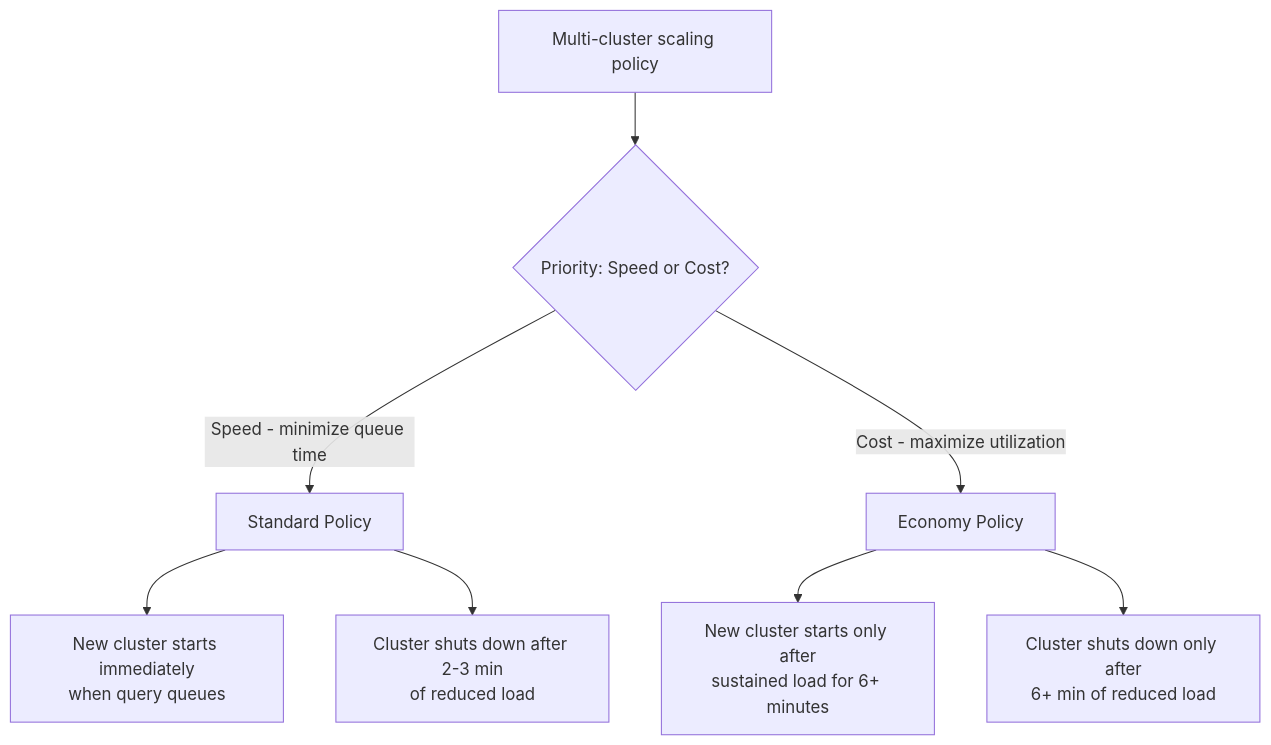
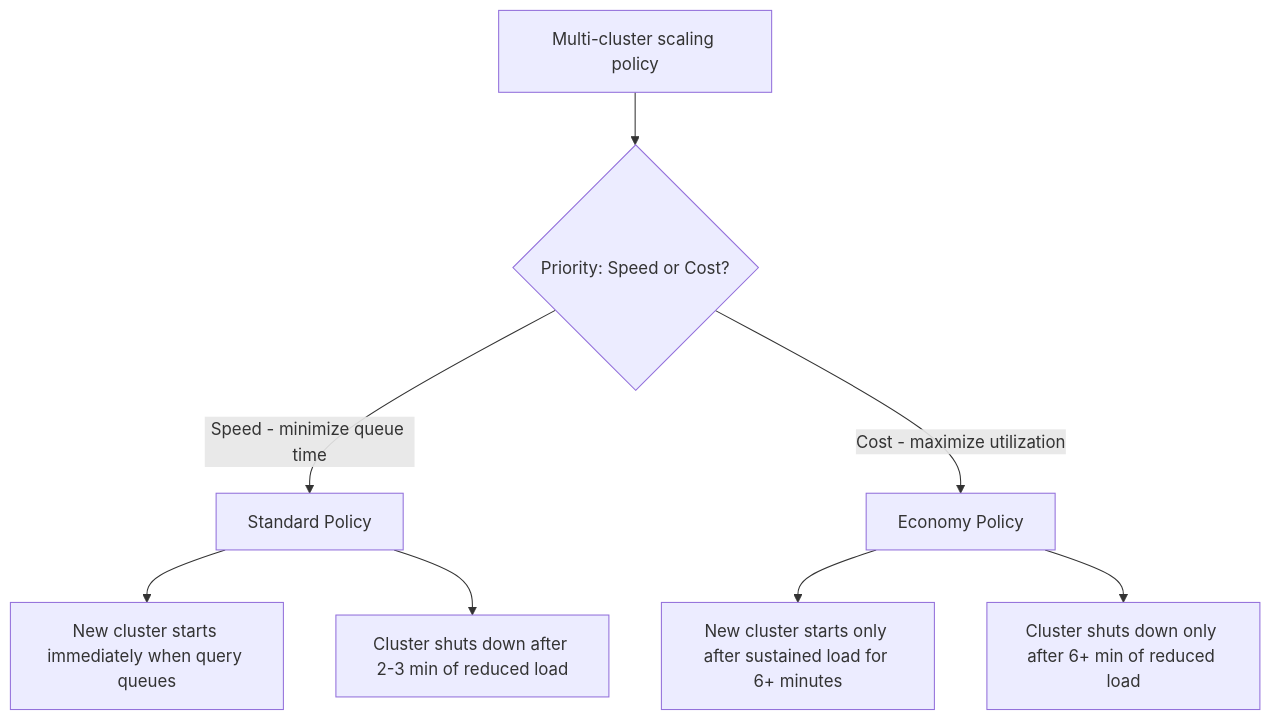
The ninth of 12 diagrams in 1_Snowflake_AI_Data_Cloud_Features_and_Architecture/Scenarios_Domain1.md (harishupadrasta/snowPro-Core), drawn with Mermaid before and after one commit. The commit also changed other lines of this file and 16 other files, not shown here.

First line of the commit message:
Fix mermaid diagrams: replace <br/> with spaces for GitHub rendering

````diff
--- a/1_Snowflake_AI_Data_Cloud_Features_and_Architecture/Scenarios_Domain1.md
+++ b/1_Snowflake_AI_Data_Cloud_Features_and_Architecture/Scenarios_Domain1.md
@@ -276,10 +276,10 @@
 ```mermaid
 graph TD
     A[Multi-cluster scaling policy] --> B{Priority: Speed or Cost?}
     B -->|Speed - minimize queue time| C[Standard Policy]
     B -->|Cost - maximize utilization| D[Economy Policy]
-    C --> E[New cluster starts immediately<br/>when query queues]
-    D --> F[New cluster starts only after<br/>sustained load for 6+ minutes]
-    C --> G[Cluster shuts down after 2-3 min<br/>of reduced load]
-    D --> H[Cluster shuts down only after<br/>6+ min of reduced load]
+    C --> E[New cluster starts immediately when query queues]
+    D --> F[New cluster starts only after sustained load for 6+ minutes]
+    C --> G[Cluster shuts down after 2-3 min of reduced load]
+    D --> H[Cluster shuts down only after 6+ min of reduced load]
 ```
````
